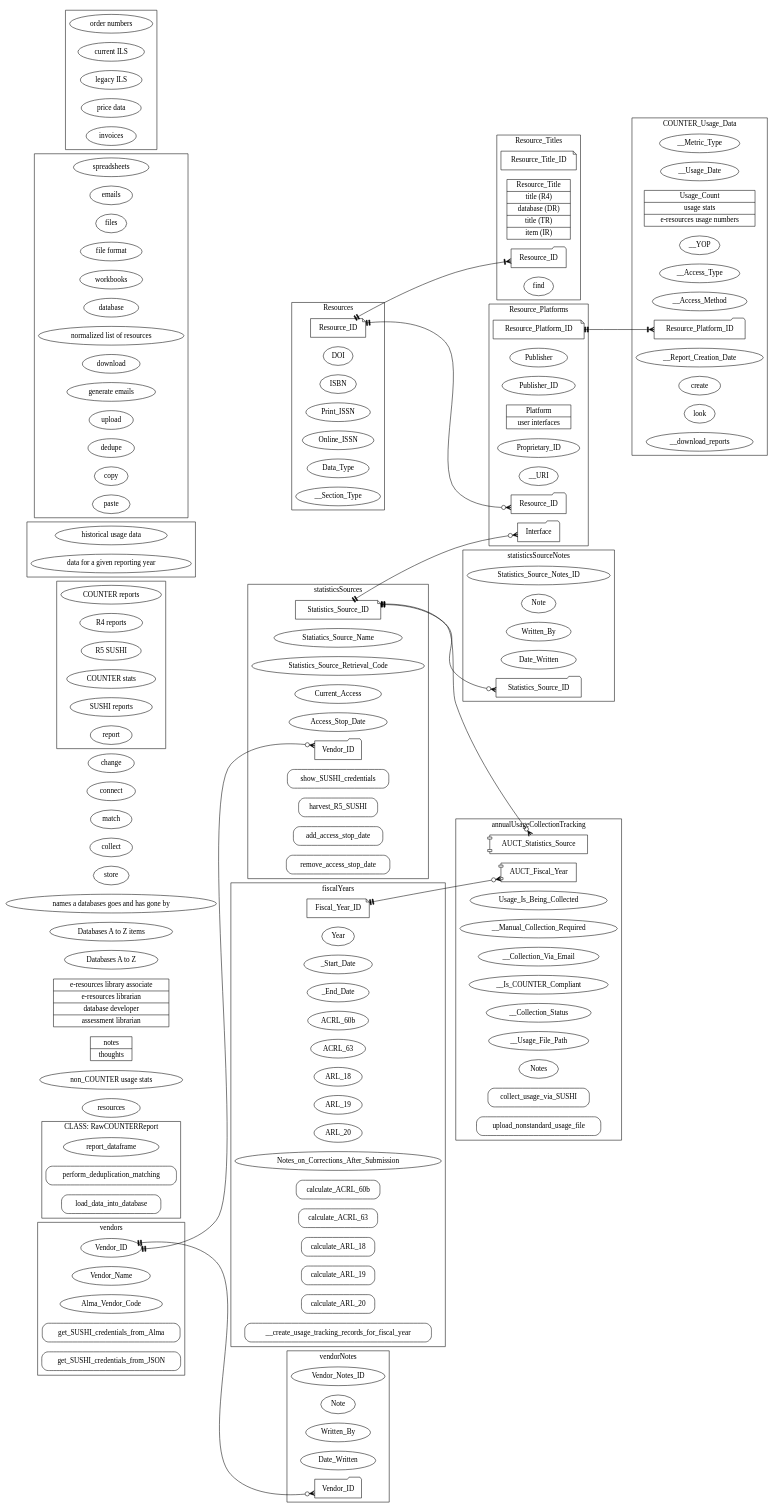
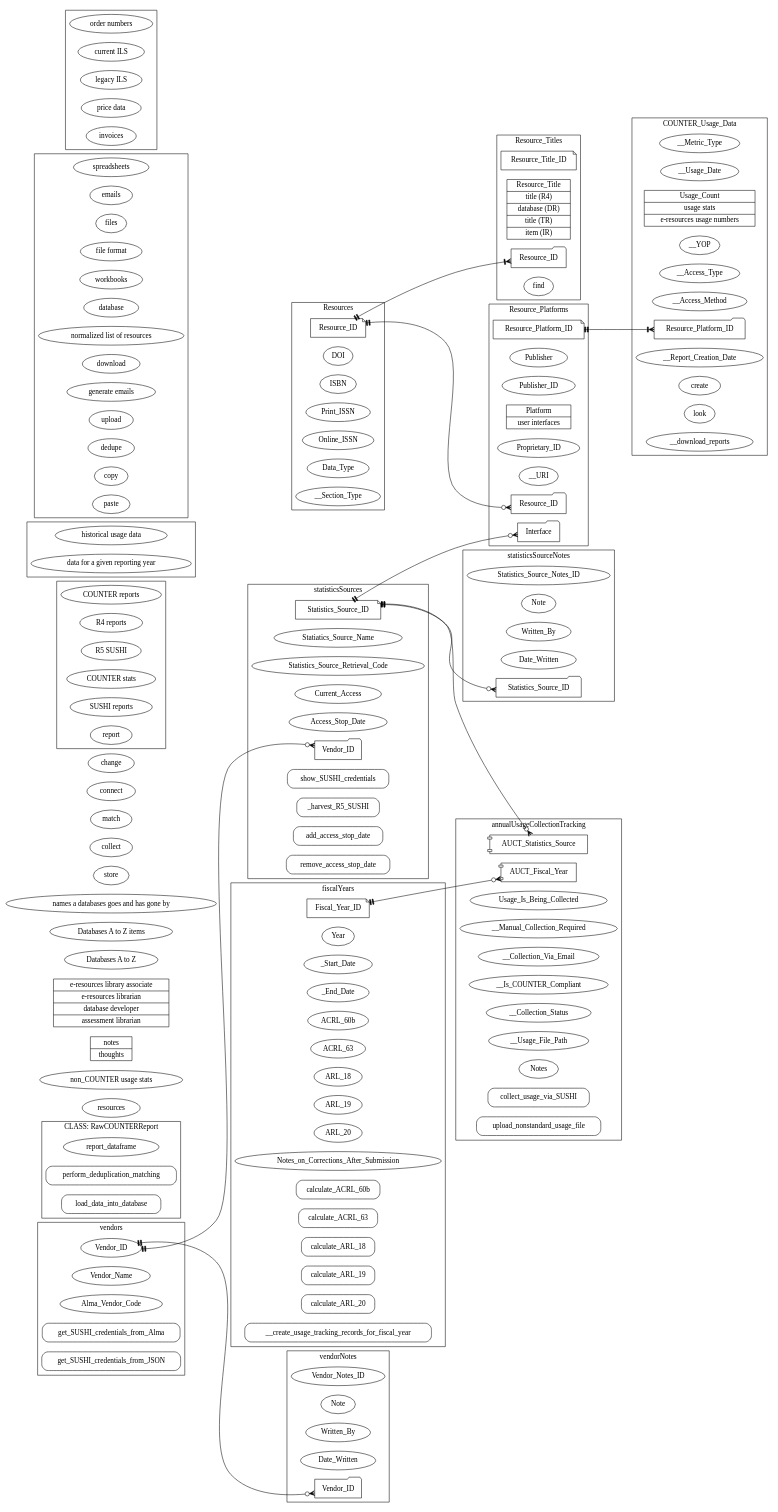
One commit to ereiskind/nolcat changed the diagram in docs/source/erd_and_class_diagram.dot. Above: the diagram before and after it, drawn with Graphviz. The commit also changed 2 other files, not shown here.

Commit message:
Add _harvest_R5_SUSHI docstring and test stub

```diff
--- a/docs/source/erd_and_class_diagram.dot
+++ b/docs/source/erd_and_class_diagram.dot
@@ -114,7 +114,7 @@
 
         // Methods
         show_SUSHI_credentials [shape="Mrecord"]
-        harvest_R5_SUSHI [shape="Mrecord"]
+        _harvest_R5_SUSHI [shape="Mrecord"]
         add_access_stop_date [shape="Mrecord"]
         remove_access_stop_date [shape="Mrecord"]
     }
```
